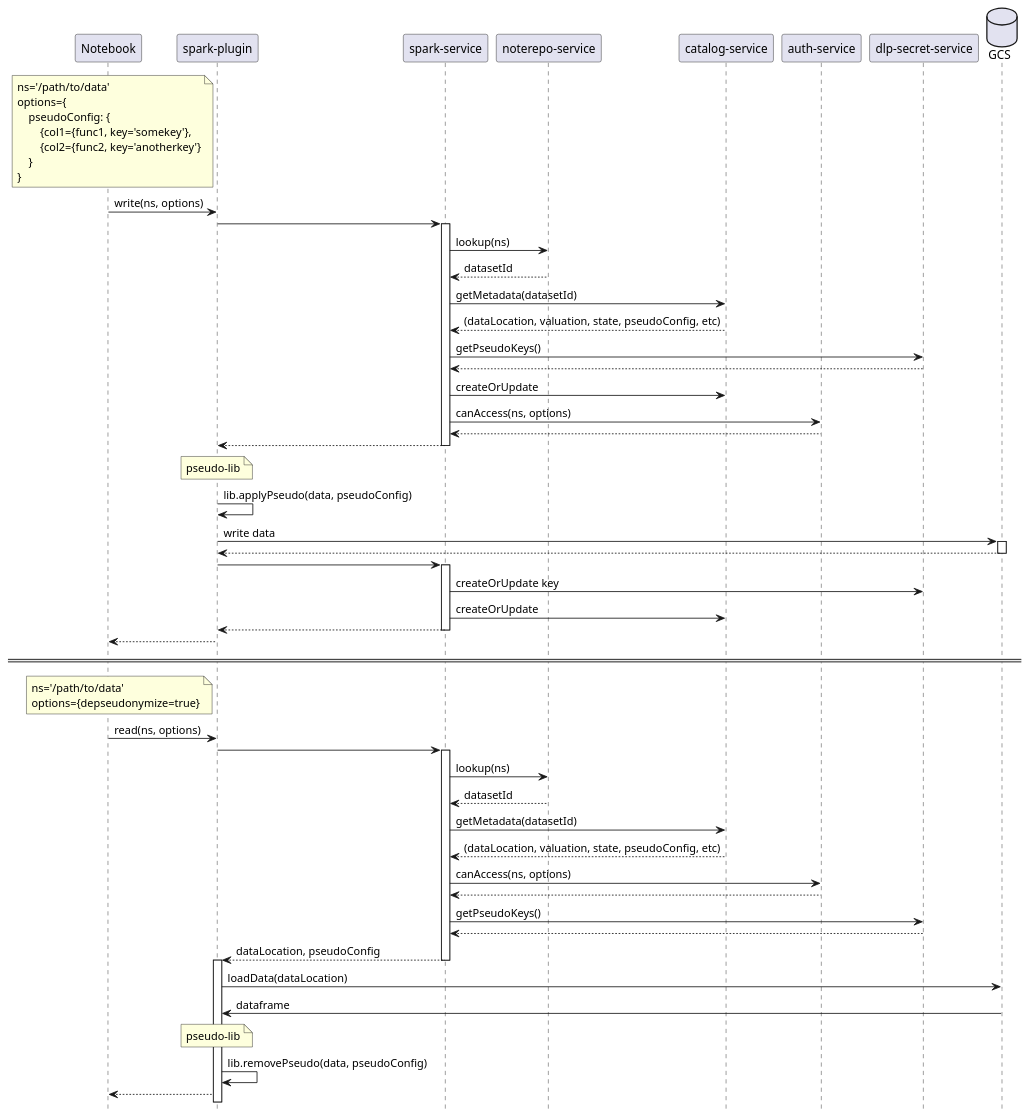
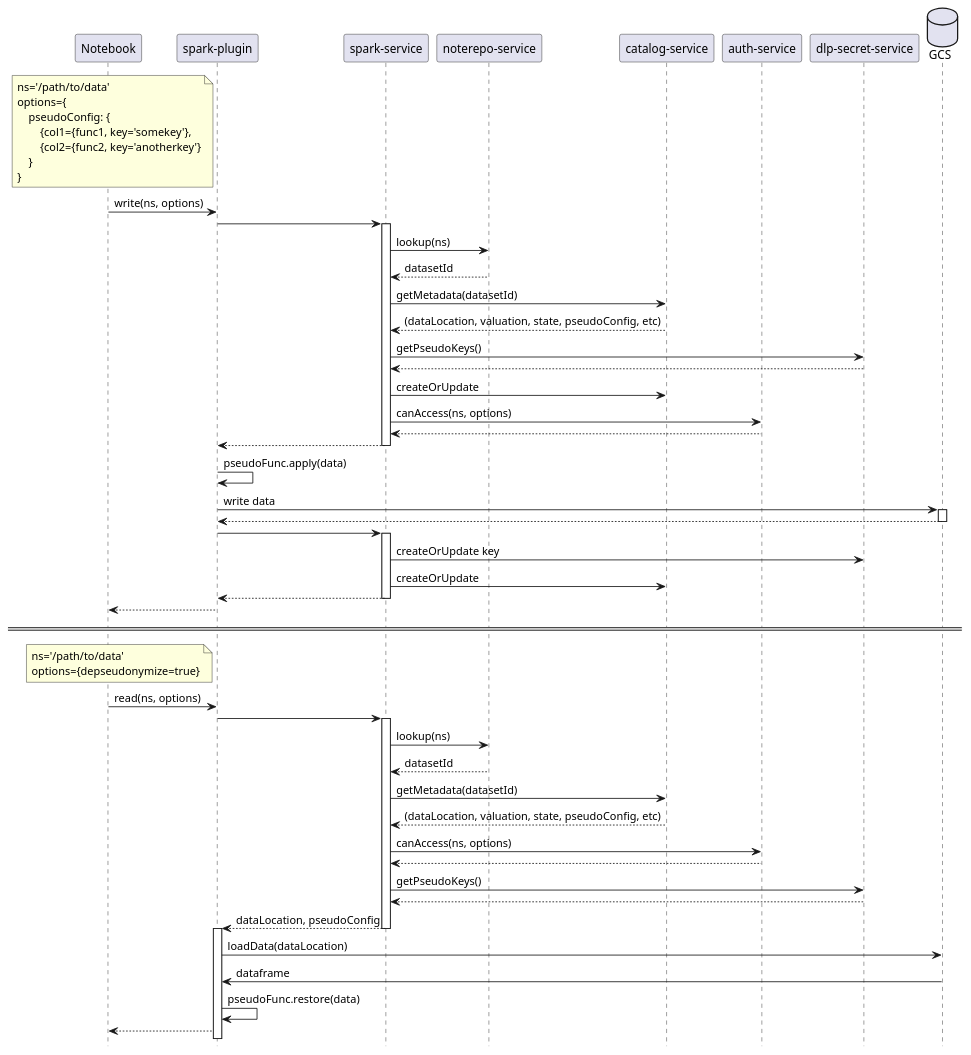
One commit to statisticsnorway/dapla-dlp-project changed the diagram in doc/seq-pseudo-data-readwrite.puml. Above: the diagram before and after it, drawn with PlantUML. The commit also changed 1 other file, not shown here.

Commit message:
Update flow diagram

```diff
--- a/doc/seq-pseudo-data-readwrite.puml
+++ b/doc/seq-pseudo-data-readwrite.puml
@@ -1,88 +1,86 @@
 @startuml
 hide footbox
 
 ' Participants
 
 participant "Notebook" as Notebook
 participant "spark-plugin" as SparkPlugin
 participant "spark-service" as SparkService
 participant "noterepo-service" as NoterepoService
 participant "catalog-service" as CatalogService
 participant "auth-service" as AuthService
 participant "dlp-secret-service" as SecretService
 database "GCS" as GCS
 
 ' Write (and pseudonymize) data
 note left of SparkPlugin
     ns='/path/to/data'
     options={
         pseudoConfig: {
             {col1={func1, key='somekey'},
             {col2={func2, key='anotherkey'}
         }
     }
 end note
 
 Notebook->SparkPlugin: write(ns, options)
 
 SparkPlugin->SparkService:
 
 activate SparkService
 SparkService->NoterepoService: lookup(ns)
 NoterepoService-->SparkService: datasetId
 SparkService->CatalogService: getMetadata(datasetId)
 CatalogService-->SparkService: (dataLocation, valuation, state, pseudoConfig, etc)
 SparkService->SecretService: getPseudoKeys()
 SecretService-->SparkService:
 SparkService->CatalogService: createOrUpdate
 SparkService->AuthService: canAccess(ns, options)
 AuthService-->SparkService:
 SparkService-->SparkPlugin
 deactivate SparkService
 
-note over SparkPlugin: pseudo-lib
-SparkPlugin->SparkPlugin: lib.applyPseudo(data, pseudoConfig)
+SparkPlugin->SparkPlugin: pseudoFunc.apply(data)
 
 SparkPlugin->GCS: write data
 activate GCS
 GCS-->SparkPlugin:
 deactivate GCS
 SparkPlugin->SparkService:
 activate SparkService
 SparkService->SecretService: createOrUpdate key
 SparkService->CatalogService: createOrUpdate
 SparkService-->SparkPlugin
 deactivate SparkService
 SparkPlugin-->Notebook
 ====
 
 ' Read depseudonymized data
 
 note left of SparkPlugin
     ns='/path/to/data'
     options={depseudonymize=true}
 end note
 
 Notebook->SparkPlugin: read(ns, options)
 SparkPlugin->SparkService:
 activate SparkService
 SparkService->NoterepoService: lookup(ns)
 NoterepoService-->SparkService: datasetId
 SparkService->CatalogService: getMetadata(datasetId)
 CatalogService-->SparkService: (dataLocation, valuation, state, pseudoConfig, etc)
 SparkService->AuthService: canAccess(ns, options)
 AuthService-->SparkService:
 SparkService->SecretService: getPseudoKeys()
 SecretService-->SparkService:
 SparkService-->SparkPlugin: dataLocation, pseudoConfig
 deactivate SparkService
 
 activate SparkPlugin
 SparkPlugin->GCS: loadData(dataLocation)
 GCS->SparkPlugin: dataframe
 
-note over SparkPlugin: pseudo-lib
-SparkPlugin->SparkPlugin: lib.removePseudo(data, pseudoConfig)
+SparkPlugin->SparkPlugin: pseudoFunc.restore(data)
 SparkPlugin-->Notebook
 
 @enduml
```
